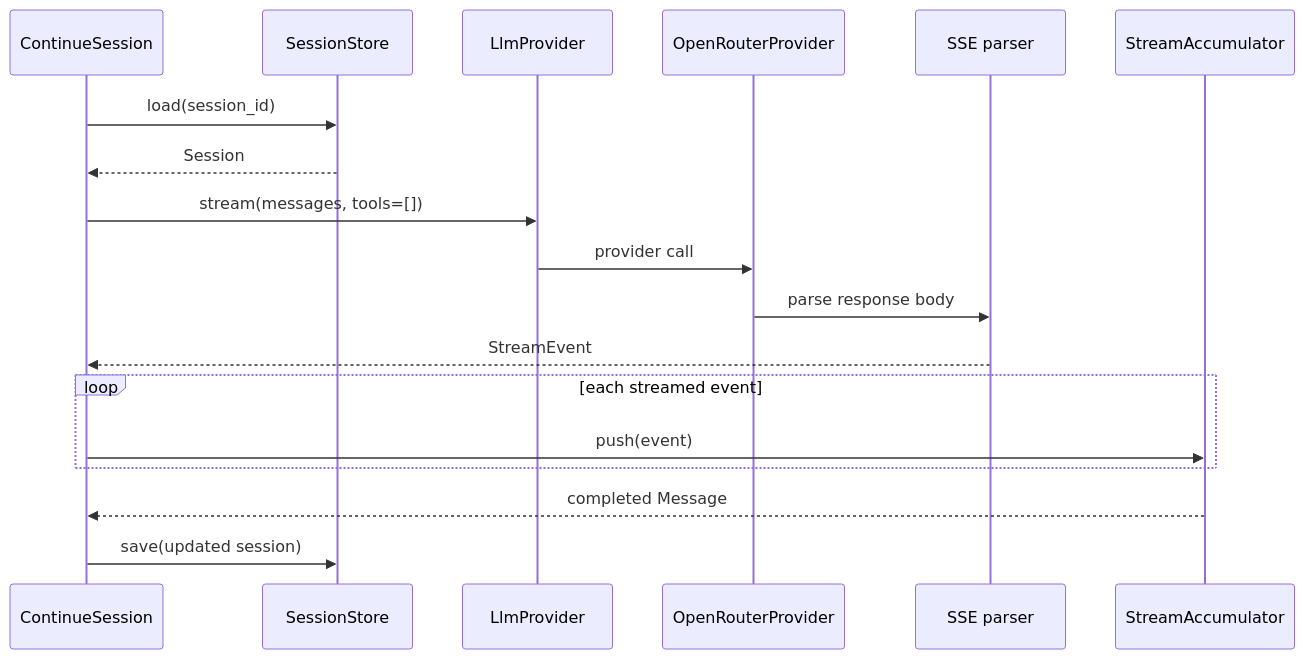
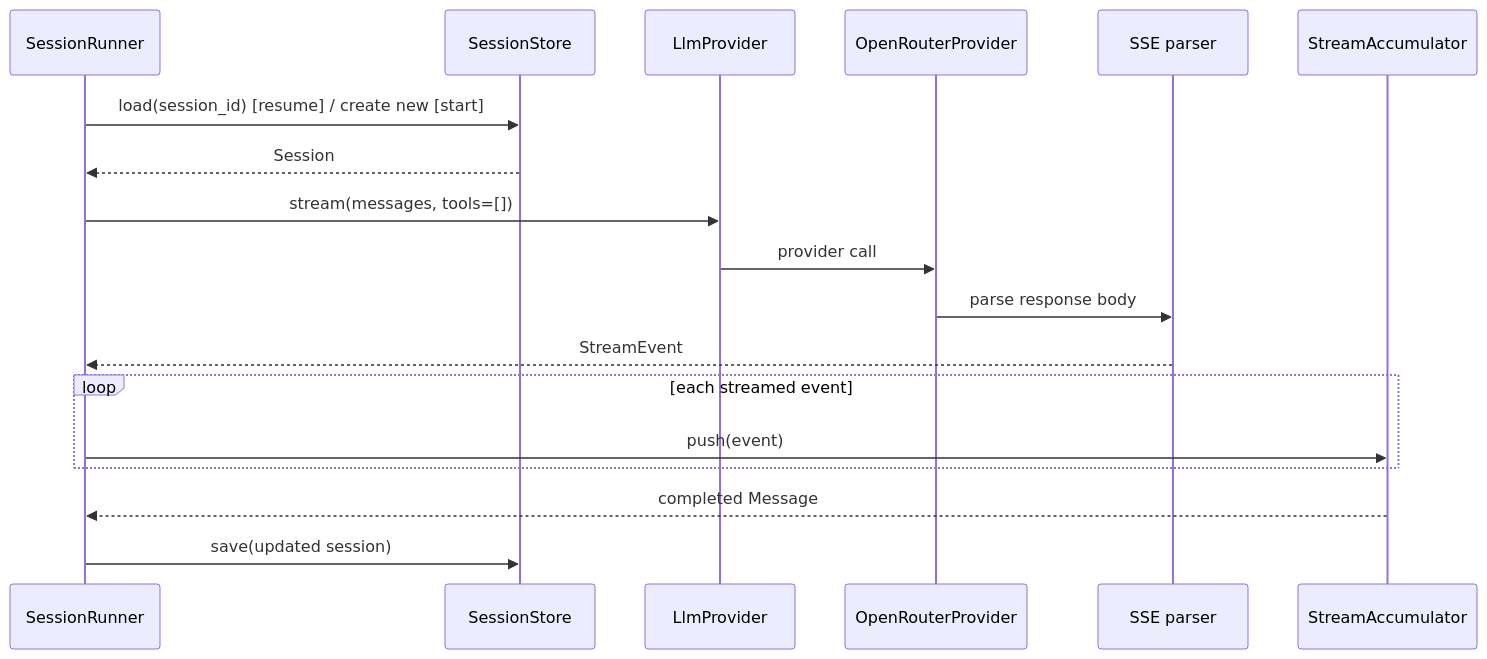
The second of 3 diagrams in AGENTS.md (kkestell/ox-rs), drawn with Mermaid before and after one commit. The commit also changed other lines of this file and 7 other files, not shown here.

First line of the commit message:
Add SessionRunner with start and resume entry points

````diff
--- a/AGENTS.md
+++ b/AGENTS.md
@@ -70,23 +70,23 @@
 ```mermaid
 sequenceDiagram
-    participant UC as ContinueSession
+    participant SR as SessionRunner
     participant SS as SessionStore
     participant LP as LlmProvider
     participant OR as OpenRouterProvider
     participant SSE as SSE parser
     participant ACC as StreamAccumulator
 
-    UC->>SS: load(session_id)
-    SS-->>UC: Session
-    UC->>LP: stream(messages, tools=[])
+    SR->>SS: load(session_id) [resume] / create new [start]
+    SS-->>SR: Session
+    SR->>LP: stream(messages, tools=[])
     LP->>OR: provider call
     OR->>SSE: parse response body
-    SSE-->>UC: StreamEvent
+    SSE-->>SR: StreamEvent
 
     loop each streamed event
-        UC->>ACC: push(event)
+        SR->>ACC: push(event)
     end
 
-    ACC-->>UC: completed Message
-    UC->>SS: save(updated session)
+    ACC-->>SR: completed Message
+    SR->>SS: save(updated session)
 ```
````
